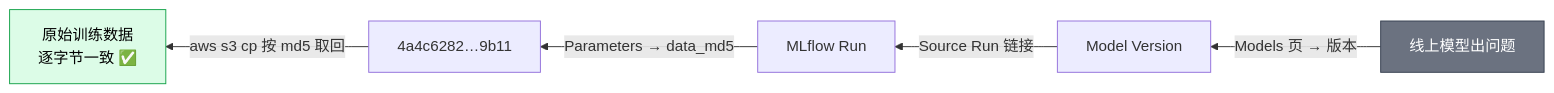
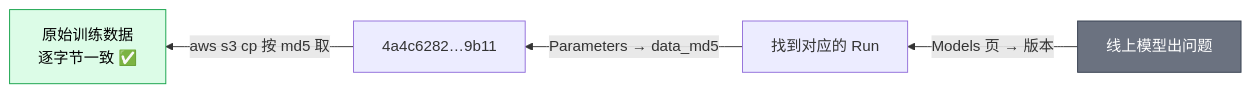
The third of 3 diagrams in docs/MLFLOW_生产部署_测试篇.md (EddieMeow/mlops-04-mlflow-production), drawn with Mermaid before and after one commit. The commit also changed other lines of this file and 5 other files, not shown here.

````diff
--- a/docs/MLFLOW_生产部署_测试篇.md
+++ b/docs/MLFLOW_生产部署_测试篇.md
@@ -994,9 +1012,8 @@
 ```mermaid
 flowchart RL
-    A["线上模型出问题"] -->|"Models 页 → 版本"| B["Model Version"]
-    B -->|"Source Run 链接"| C["MLflow Run"]
-    C -->|"Parameters → data_md5"| D["4a4c6282…9b11"]
-    D -->|"aws s3 cp 按 md5 取回"| E["原始训练数据<br/>逐字节一致 ✅"]
+    A["线上模型出问题"] -->|"Models 页 → 版本"| B["找到对应的 Run"]
+    B -->|"Parameters → data_md5"| C["4a4c6282…9b11"]
+    C -->|"aws s3 cp 按 md5 取"| D["原始训练数据<br/>逐字节一致 ✅"]
     style A fill:#6b7280,stroke:#374151,color:#fff
-    style E fill:#dcfce7,stroke:#16a34a,color:#000
+    style D fill:#dcfce7,stroke:#16a34a,color:#000
 ```
````
